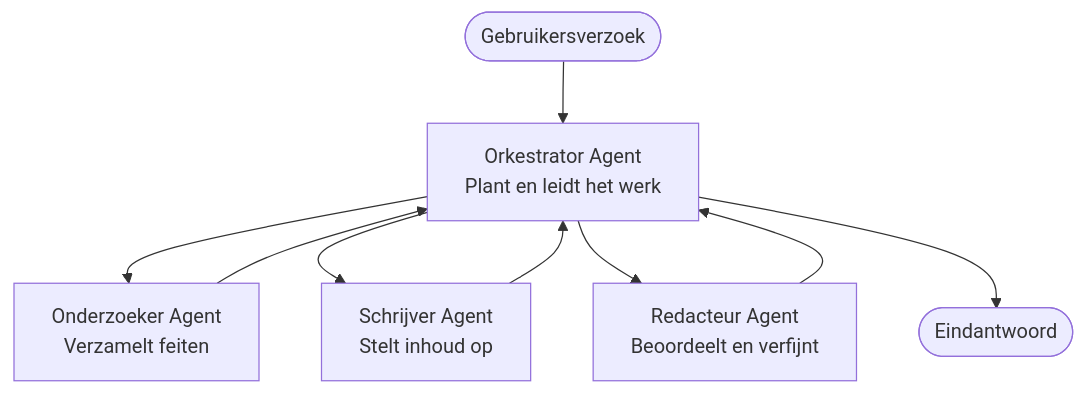
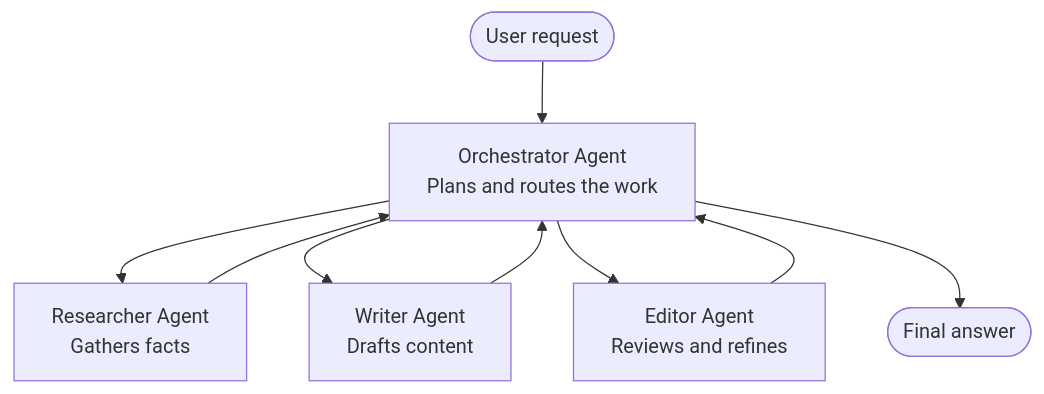
Before and after one commit to microsoft/AZD-for-beginners: the diagram in translations/nl/docs/chapter-05-multi-agent/multi-agent-basics.md, drawn with Mermaid. The commit also changed other lines of this file and 173 other files, not shown here.

````diff
--- a/translations/nl/docs/chapter-05-multi-agent/multi-agent-basics.md
+++ b/translations/nl/docs/chapter-05-multi-agent/multi-agent-basics.md
@@ -43,11 +43,11 @@
 ```mermaid
 graph TD
-    User([Gebruikersverzoek]) --> Orchestrator[Orkestrator Agent<br/>Plant en leidt het werk]
-    Orchestrator --> Researcher[Onderzoeker Agent<br/>Verzamelt feiten]
-    Orchestrator --> Writer[Schrijver Agent<br/>Stelt inhoud op]
-    Orchestrator --> Editor[Redacteur Agent<br/>Beoordeelt en verfijnt]
+    User([User request]) --> Orchestrator[Orchestrator Agent<br/>Plans and routes the work]
+    Orchestrator --> Researcher[Researcher Agent<br/>Gathers facts]
+    Orchestrator --> Writer[Writer Agent<br/>Drafts content]
+    Orchestrator --> Editor[Editor Agent<br/>Reviews and refines]
     Researcher --> Orchestrator
     Writer --> Orchestrator
     Editor --> Orchestrator
-    Orchestrator --> Result([Eindantwoord])
+    Orchestrator --> Result([Final answer])
 ```
````
